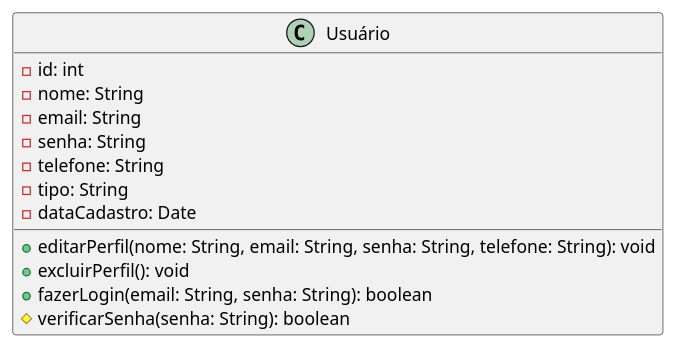
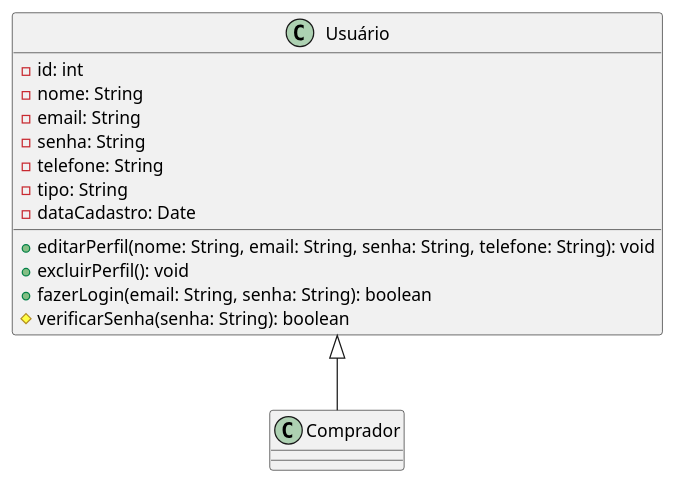
Before and after one commit to guilhermeoliveirateo/sistema-compra-venda-veiculos: the diagram in classes.md, drawn with PlantUML.

````diff
--- a/classes.md
+++ b/classes.md
@@ -9,21 +9,25 @@
 ``` plantuml
 @startuml 
 
 class Usuário {
 -id: int
 -nome: String
 -email: String
 -senha: String
 -telefone: String
 -tipo: String
 -dataCadastro: Date
 
 +editarPerfil(nome: String, email: String, senha: String, telefone: String): void
 +excluirPerfil(): void
 +fazerLogin(email: String, senha: String): boolean
 #verificarSenha(senha: String): boolean
 
 }
+
+class Comprador extends Usuário {
+
+}
  
 @enduml
 ```
````
